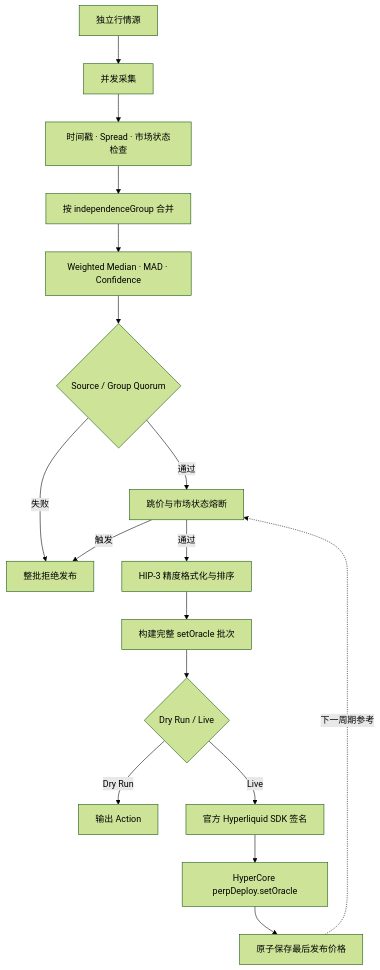
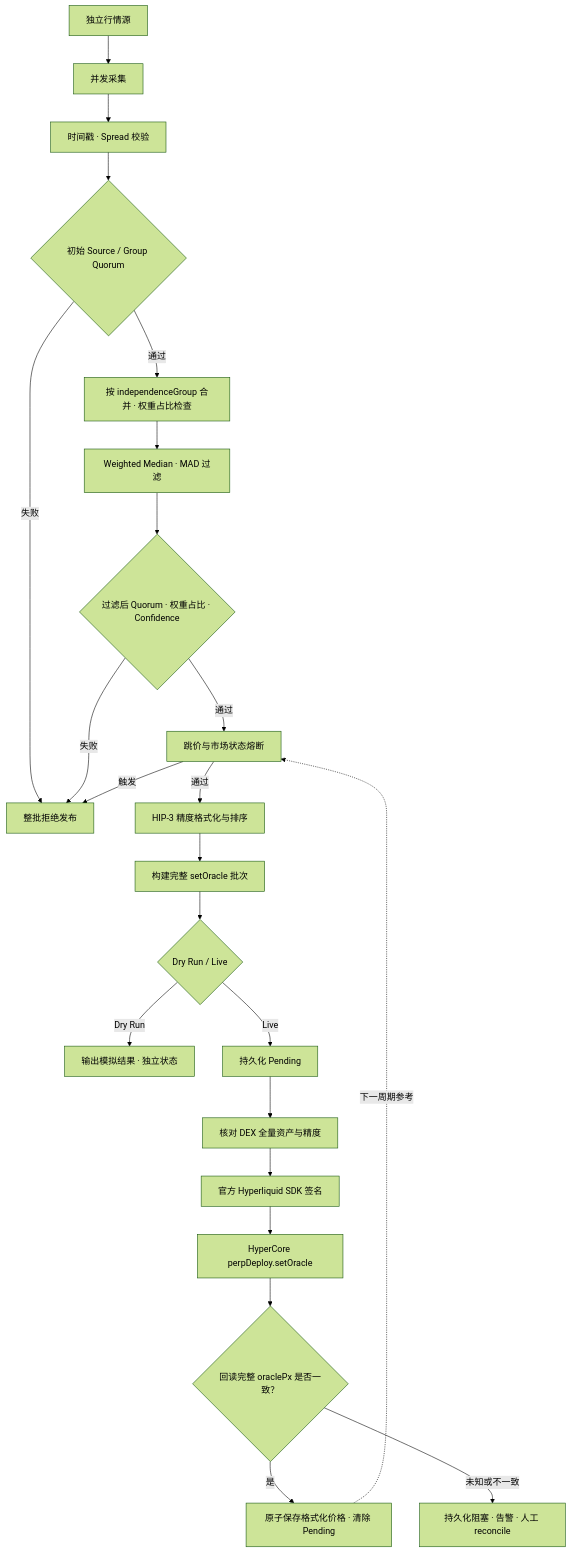
Before and after one commit to seasonHxy/hip3-oracle: the diagram in README.md, drawn with Mermaid (forest theme). The commit also changed other lines of this file and 42 other files, not shown here.

````diff
--- a/README.md
+++ b/README.md
@@ -27,19 +33,25 @@
 ```mermaid
 flowchart TB
     S["独立行情源"] --> C["并发采集"]
-    C --> V["时间戳 · Spread · 市场状态检查"]
-    V --> G["按 independenceGroup 合并"]
-    G --> A["Weighted Median · MAD · Confidence"]
-    A --> Q{"Source / Group Quorum"}
+    C --> V["时间戳 · Spread 校验"]
+    V --> Q0{"初始 Source / Group Quorum"}
+    Q0 -- "失败" --> B["整批拒绝发布"]
+    Q0 -- "通过" --> G["按 independenceGroup 合并 · 权重占比检查"]
+    G --> A["Weighted Median · MAD 过滤"]
+    A --> Q{"过滤后 Quorum · 权重占比 · Confidence"}
     Q -- "失败" --> B["整批拒绝发布"]
     Q -- "通过" --> R["跳价与市场状态熔断"]
     R -- "触发" --> B
     R -- "通过" --> F["HIP-3 精度格式化与排序"]
     F --> P["构建完整 setOracle 批次"]
     P --> D{"Dry Run / Live"}
-    D -- "Dry Run" --> O["输出 Action"]
-    D -- "Live" --> SDK["官方 Hyperliquid SDK 签名"]
+    D -- "Dry Run" --> O["输出模拟结果 · 独立状态"]
+    D -- "Live" --> J["持久化 Pending"]
+    J --> PREFLIGHT["核对 DEX 全量资产与精度"]
+    PREFLIGHT --> SDK["官方 Hyperliquid SDK 签名"]
     SDK --> H["HyperCore perpDeploy.setOracle"]
-    H --> ST["原子保存最后发布价格"]
+    H --> READBACK{"回读完整 oraclePx 是否一致？"}
+    READBACK -- "是" --> ST["原子保存格式化价格 · 清除 Pending"]
+    READBACK -- "未知或不一致" --> PENDING["持久化阻塞 · 告警 · 人工 reconcile"]
     ST -. "下一周期参考" .-> R
 ```
````
